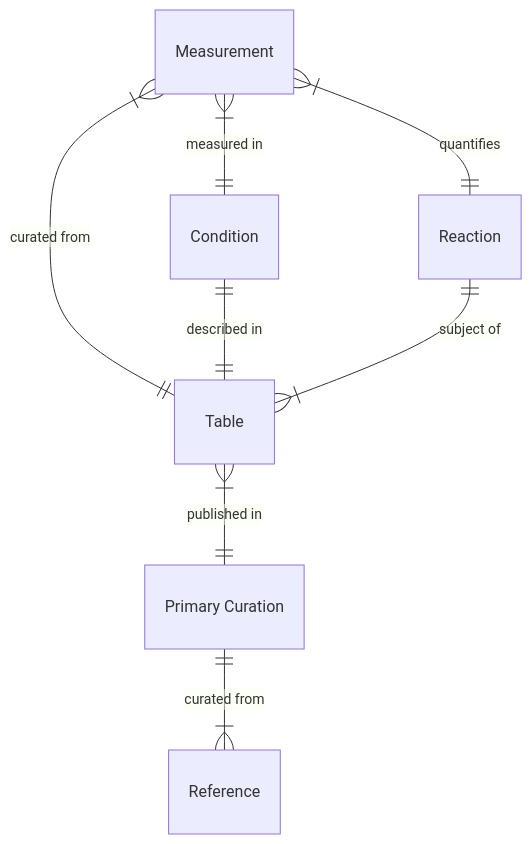
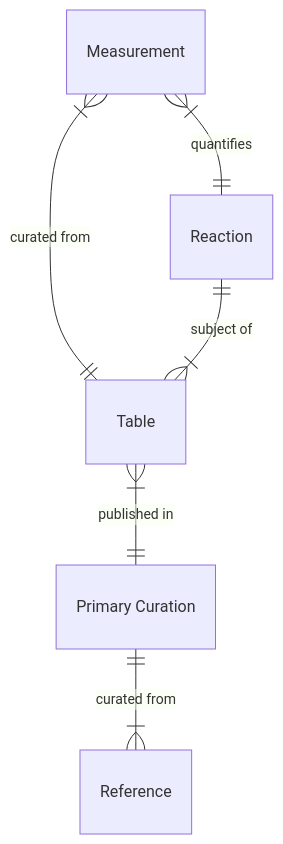
One commit to opentecr/data-orchestration changed the first of 2 diagrams in docs/entity_model.md. Above: the diagram before and after it, drawn with Mermaid. The commit also changed other lines of this file, not shown here.

Commit message:
docs: refine ER model with Robert

````diff
--- a/docs/entity_model.md
+++ b/docs/entity_model.md
@@ -14,23 +14,19 @@
 ```mermaid
 erDiagram
     Measurement {
-    }
-    Condition {
     }
     Reaction {
     }
     Table {
     }
     primary["Primary Curation"] {
     }
     Reference {
     }
 
-    Measurement }|--|| Condition: "measured in"
     Measurement }|--|| Reaction: "quantifies"
     Measurement }|--|| Table: "curated from"
-    Condition ||--|| Table: "described in"
     Table }|--|| primary: "published in"
     Reaction ||--|{ Table: "subject of"
     primary ||--|{ Reference: "curated from"
 ```
````
